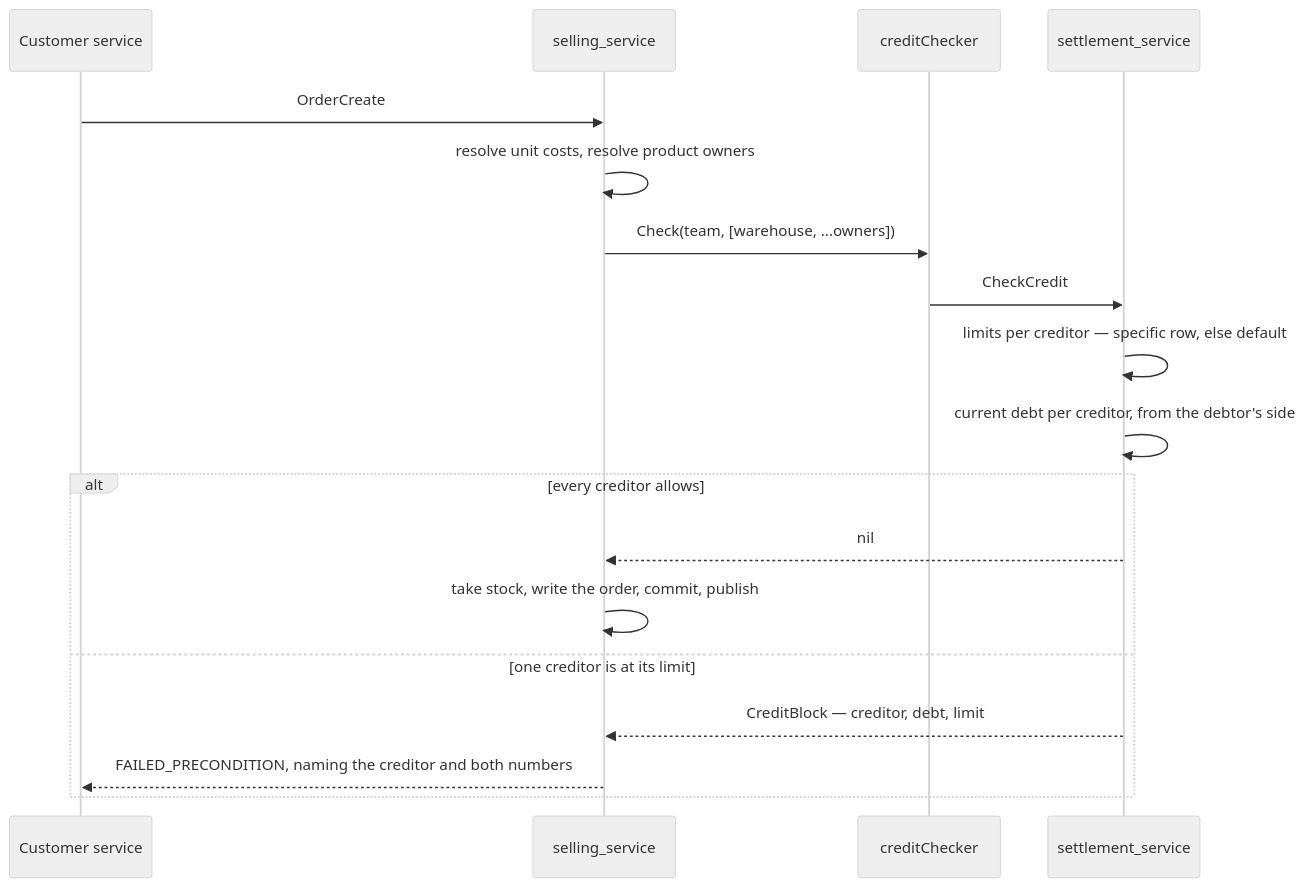
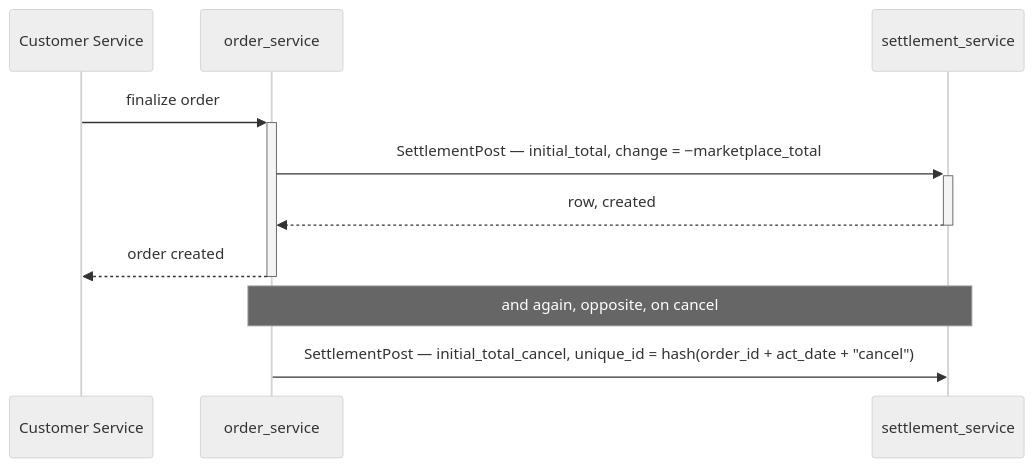
Before and after one commit to pdcgo/warehouse_revamp: the second of 2 diagrams in docs/services/settlement_service/rpc.md, drawn with Mermaid (neutral theme). The commit also changed other lines of this file and 221 other files, not shown here.

````diff
--- a/docs/services/settlement_service/rpc.md
+++ b/docs/services/settlement_service/rpc.md
@@ -304,21 +92,14 @@
 ```mermaid
 sequenceDiagram
-    participant CS as Customer service
-    participant O as selling_service
-    participant C as creditChecker
-    participant S as settlement_service
+  participant CS as Customer Service
+  participant O as order_service
+  participant S as settlement_service
 
-    CS->>O: OrderCreate
-    O->>O: resolve unit costs, resolve product owners
-    O->>C: Check(team, [warehouse, ...owners])
-    C->>S: CheckCredit
-    S->>S: limits per creditor — specific row, else default
-    S->>S: current debt per creditor, from the debtor's side
-    alt every creditor allows
-        S-->>O: nil
-        O->>O: take stock, write the order, commit, publish
-    else one creditor is at its limit
-        S-->>O: CreditBlock — creditor, debt, limit
-        O-->>CS: FAILED_PRECONDITION, naming the creditor and both numbers
-    end
+  CS->>+O: finalize order
+  O->>+S: SettlementPost — initial_total, change = −marketplace_total
+  S-->>-O: row, created
+  O-->>-CS: order created
+
+  Note over O,S: and again, opposite, on cancel
+  O->>S: SettlementPost — initial_total_cancel, unique_id = hash(order_id + act_date + "cancel")
 ```
````
